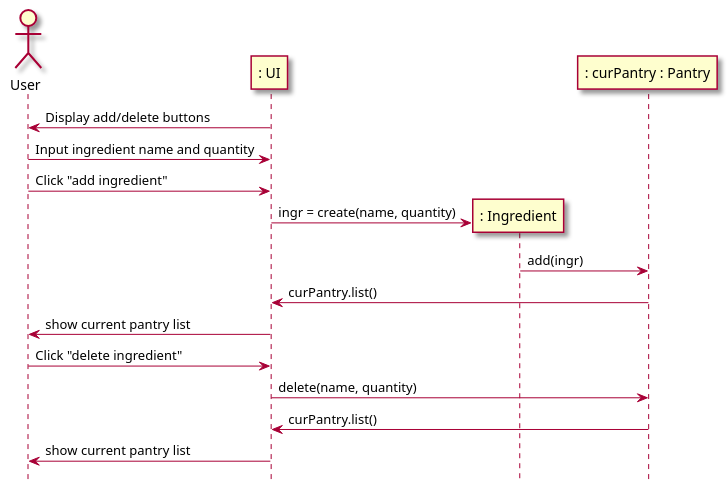
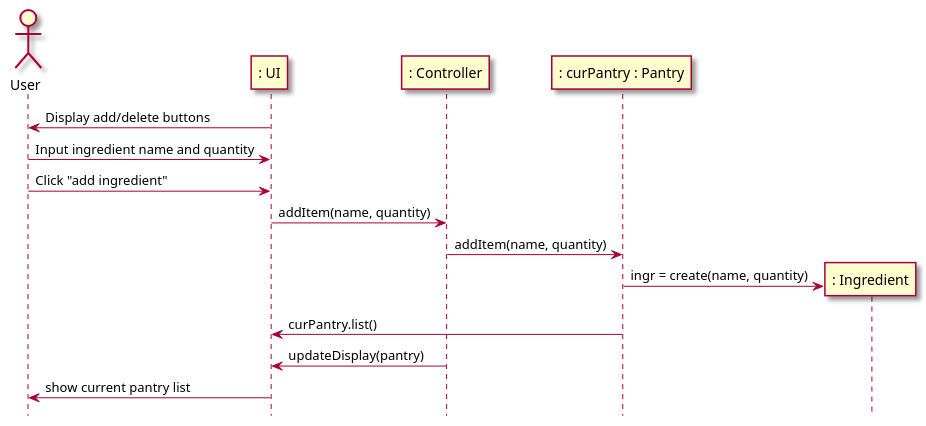
Before and after one commit to berthashipper/Pantry-Pal-Android-Application: the second of 3 diagrams in intellij/doc/use-cases/manage_pantry.md, drawn with PlantUML. The commit also changed other lines of this file and 7 other files, not shown here.

Commit message:
Fixed manage_pantry sequence diagram and updated generate_recipe diagram

`````diff
--- a/intellij/doc/use-cases/manage_pantry.md
+++ b/intellij/doc/use-cases/manage_pantry.md
@@ -62,25 +62,24 @@
 ```plantuml
 @startuml
 skin rose
 
 hide footbox
 
 actor User as user
 participant ": UI" as ui
+participant ": Controller"  as cont
+participant ": curPantry : Pantry" as pantry
 participant ": Ingredient" as ingr
-participant ": curPantry : Pantry" as pantry
 
 ui -> user : Display add/delete buttons
 user -> ui : Input ingredient name and quantity
 user -> ui : Click "add ingredient"
-ui -> ingr **: ingr = create(name, quantity)
-ingr -> pantry: add(ingr)
+ui -> cont : addItem(name, quantity)
+cont -> pantry : addItem(name, quantity)
+pantry -> ingr **: ingr = create(name, quantity)
 pantry -> ui : curPantry.list()
-ui -> user : show current pantry list
-user -> ui : Click "delete ingredient"
-ui -> pantry : delete(name, quantity)
-pantry -> ui : curPantry.list()
+cont -> ui : updateDisplay(pantry)
 ui -> user : show current pantry list
 
 @enduml
 ````
`````
